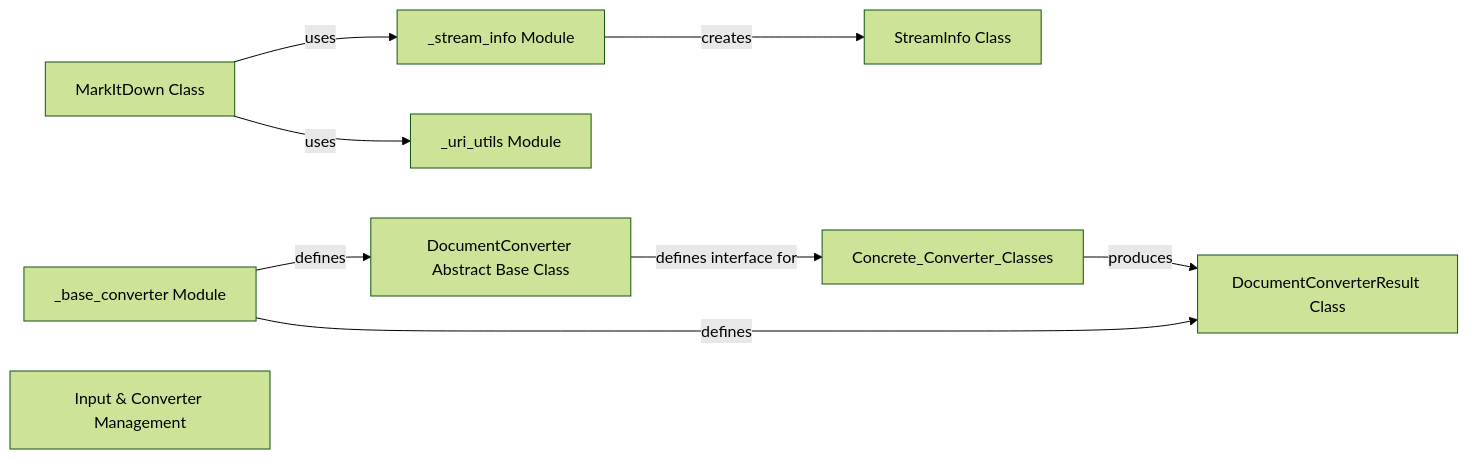
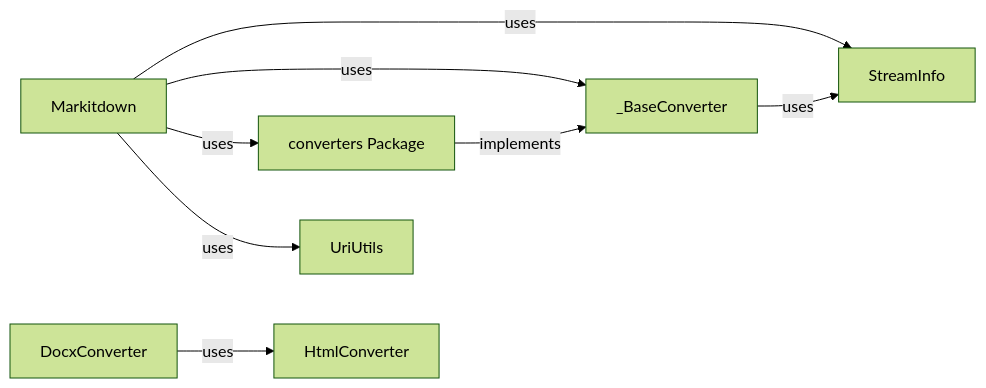
The diagram in markitdown/Input_Converter_Management.md (CodeBoarding/GeneratedOnBoardings), drawn with Mermaid (forest theme) before and after one commit. The commit also changed other lines of this file and 33 other files, not shown here.

````diff
--- a/markitdown/Input_Converter_Management.md
+++ b/markitdown/Input_Converter_Management.md
@@ -1,20 +1,19 @@
 ```mermaid
 graph LR
-    StreamInfo_Class["StreamInfo Class"]
-    _stream_info_Module["_stream_info Module"]
-    _uri_utils_Module["_uri_utils Module"]
-    DocumentConverter_Abstract_Base_Class["DocumentConverter Abstract Base Class"]
-    DocumentConverterResult_Class["DocumentConverterResult Class"]
-    _base_converter_Module["_base_converter Module"]
-    MarkItDown_Class["MarkItDown Class"]
-    Input_Converter_Management["Input & Converter Management"]
-    MarkItDown_Class -- "uses" --> _stream_info_Module
-    MarkItDown_Class -- "uses" --> _uri_utils_Module
-    _stream_info_Module -- "creates" --> StreamInfo_Class
-    DocumentConverter_Abstract_Base_Class -- "defines interface for" --> Concrete_Converter_Classes
-    Concrete_Converter_Classes -- "produces" --> DocumentConverterResult_Class
-    _base_converter_Module -- "defines" --> DocumentConverter_Abstract_Base_Class
-    _base_converter_Module -- "defines" --> DocumentConverterResult_Class
-    click DocumentConverter_Abstract_Base_Class href "https://github.com/CodeBoarding/GeneratedOnBoardings/blob/main//markitdown/DocumentConverter_Abstract_Base_Class.md" "Details"
-    click Input_Converter_Management href "https://github.com/CodeBoarding/GeneratedOnBoardings/blob/main//markitdown/Input_Converter_Management.md" "Details"
+    Markitdown["Markitdown"]
+    StreamInfo["StreamInfo"]
+    _BaseConverter["_BaseConverter"]
+    UriUtils["UriUtils"]
+    converters_Package["converters Package"]
+    HtmlConverter["HtmlConverter"]
+    DocxConverter["DocxConverter"]
+    Markitdown -- "uses" --> StreamInfo
+    Markitdown -- "uses" --> _BaseConverter
+    Markitdown -- "uses" --> converters_Package
+    Markitdown -- "uses" --> UriUtils
+    _BaseConverter -- "uses" --> StreamInfo
+    converters_Package -- "implements" --> _BaseConverter
+    DocxConverter -- "uses" --> HtmlConverter
+    click HtmlConverter href "https://github.com/CodeBoarding/GeneratedOnBoardings/blob/main//markitdown/HtmlConverter.md" "Details"
+    click DocxConverter href "https://github.com/CodeBoarding/GeneratedOnBoardings/blob/main//markitdown/DocxConverter.md" "Details"
 ```
````
